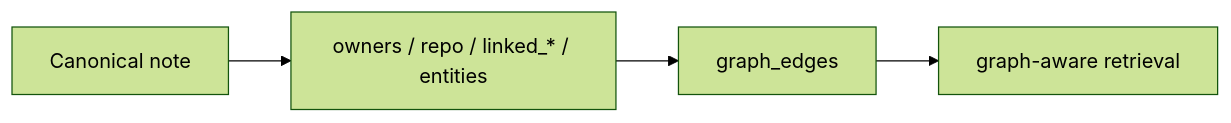
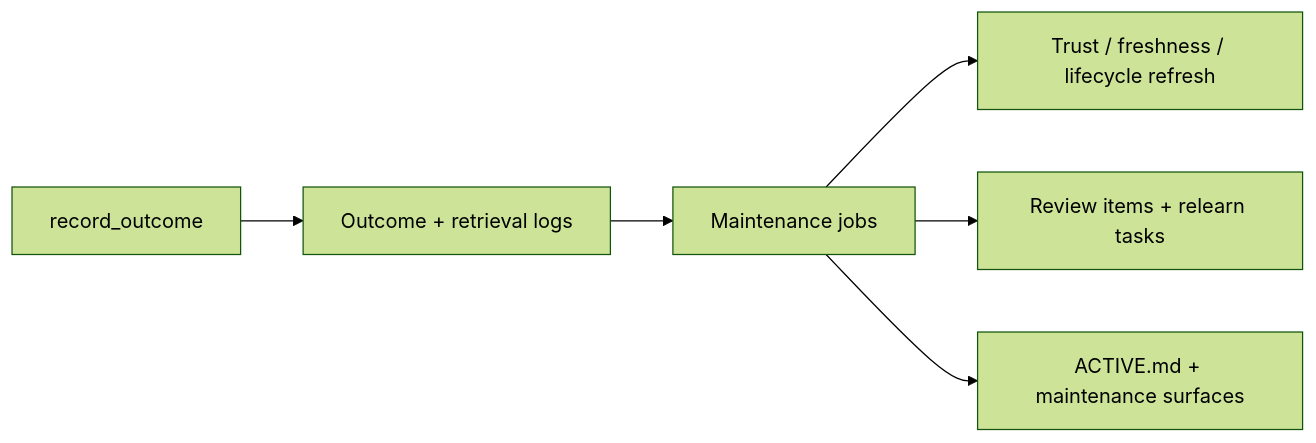
The fifth of 8 diagrams in README.md (Jianyu010/MnemonicOS), drawn with Mermaid (forest theme) before and after one commit. The commit also changed other lines of this file and 15 other files, not shown here.

````diff
--- a/README.md
+++ b/README.md
@@ -116,6 +153,8 @@
 ```mermaid
 flowchart LR
-    N["Canonical note"] --> R["owners / repo / linked_* / entities"]
-    R --> G["graph_edges"]
-    G --> X["graph-aware retrieval"]
+    O["record_outcome"] --> L["Outcome + retrieval logs"]
+    L --> M["Maintenance jobs"]
+    M --> T["Trust / freshness / lifecycle refresh"]
+    M --> R["Review items + relearn tasks"]
+    M --> A["ACTIVE.md + maintenance surfaces"]
 ```
````
